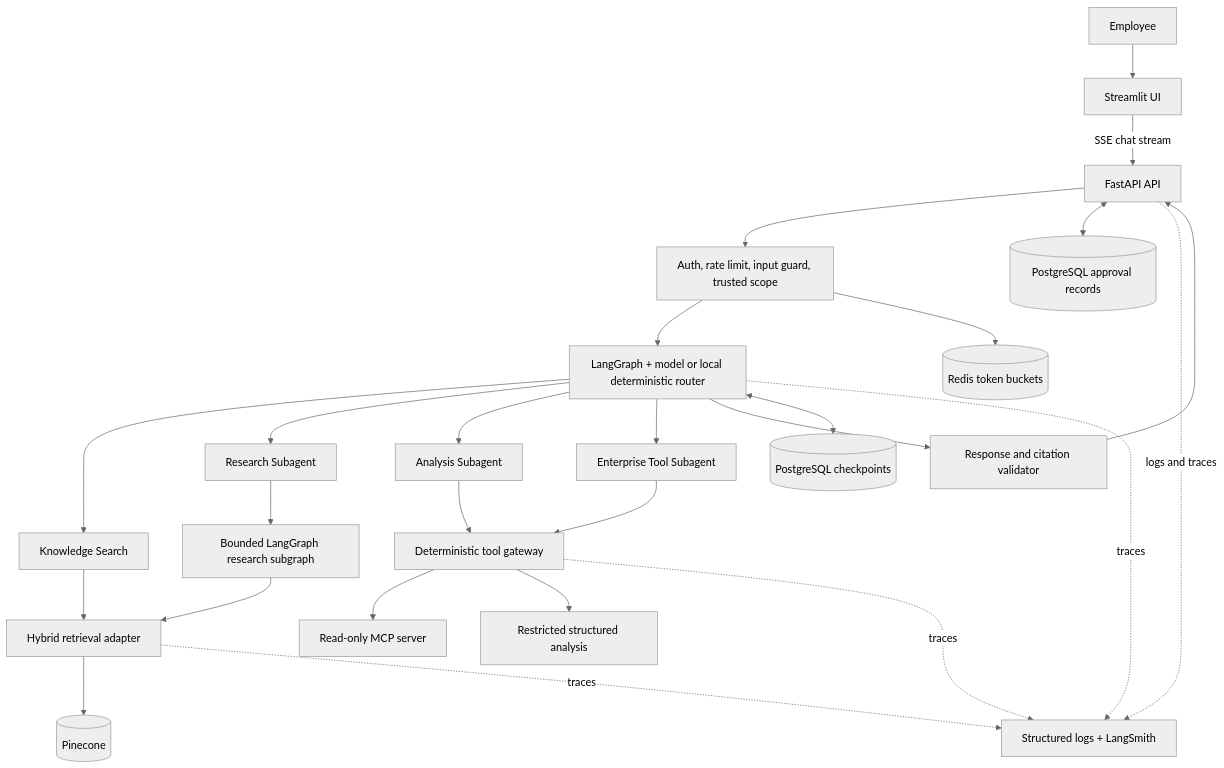
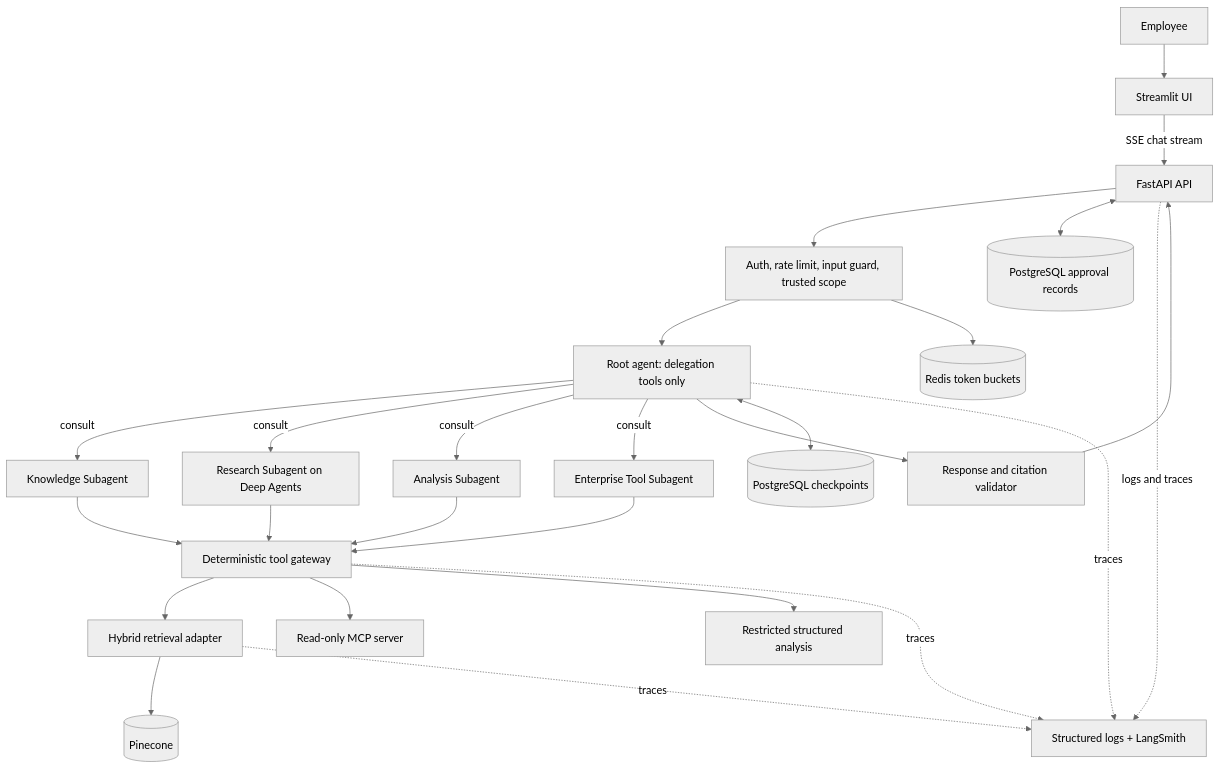
The diagram in docs/architecture.md (wssranjula/Orysys-Assistant), drawn with Mermaid (neutral theme) before and after one commit. The commit also changed other lines of this file and 13 other files, not shown here.

````diff
--- a/docs/architecture.md
+++ b/docs/architecture.md
@@ -5,28 +5,28 @@
 ```mermaid
 flowchart TD
     Employee --> UI[Streamlit UI]
     UI -->|SSE chat stream| API[FastAPI API]
     API --> Controls[Auth, rate limit, input guard, trusted scope]
-    Controls --> Root[LangGraph + model or local deterministic router]
-    Root --> Search[Knowledge Search]
-    Root --> Research[Research Subagent]
-    Root --> Analysis[Analysis Subagent]
-    Root --> Enterprise[Enterprise Tool Subagent]
-    Research --> RLM[Bounded LangGraph research subgraph]
-    Search --> Retrieval[Hybrid retrieval adapter]
-    RLM --> Retrieval
+    Controls --> Root[Root agent: delegation tools only]
+    Root -->|consult| Search[Knowledge Subagent]
+    Root -->|consult| Research[Research Subagent on Deep Agents]
+    Root -->|consult| Analysis[Analysis Subagent]
+    Root -->|consult| Enterprise[Enterprise Tool Subagent]
+    Search --> Gateway[Deterministic tool gateway]
+    Research --> Gateway
+    Analysis --> Gateway
+    Enterprise --> Gateway
+    Gateway --> Retrieval[Hybrid retrieval adapter]
     Retrieval --> Pinecone[(Pinecone)]
-    Analysis --> Gateway[Deterministic tool gateway]
-    Enterprise --> Gateway
     Gateway --> MCP[Read-only MCP server]
     Gateway --> Structured[Restricted structured analysis]
     Root --> Output[Response and citation validator]
     Output --> API
     Root <--> Memory[(PostgreSQL checkpoints)]
     API <--> Approvals[(PostgreSQL approval records)]
     Controls --> Redis[(Redis token buckets)]
     API -. logs and traces .-> Observability[Structured logs + LangSmith]
     Root -. traces .-> Observability
     Retrieval -. traces .-> Observability
     Gateway -. traces .-> Observability
 ```
````
